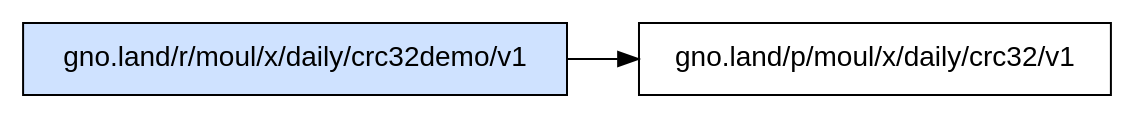
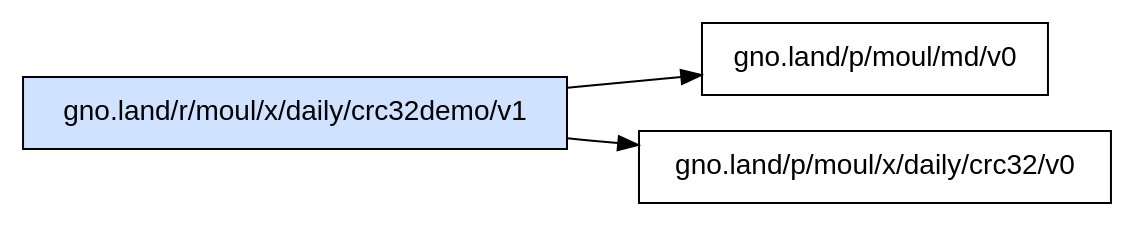
One commit to moul/gno-contracts changed the diagram in _assets/gno.land/r/moul/x/daily/crc32demo/v1/deps.dot. Above: the diagram before and after it, drawn with Graphviz. The commit also changed 44 other files, not shown here.

Commit message:
chore: regenerate catalog, graphs and on-chain status [skip ci]

```diff
--- a/_assets/gno.land/r/moul/x/daily/crc32demo/v1/deps.dot
+++ b/_assets/gno.land/r/moul/x/daily/crc32demo/v1/deps.dot
@@ -1,6 +1,7 @@
 digraph deps {
   rankdir=LR;
   node [shape=box, fontname="sans-serif"];
   "gno.land/r/moul/x/daily/crc32demo/v1" [style=filled, fillcolor="#cfe2ff"];
-  "gno.land/r/moul/x/daily/crc32demo/v1" -> "gno.land/p/moul/x/daily/crc32/v1";
+  "gno.land/r/moul/x/daily/crc32demo/v1" -> "gno.land/p/moul/md/v0";
+  "gno.land/r/moul/x/daily/crc32demo/v1" -> "gno.land/p/moul/x/daily/crc32/v0";
 }
```
